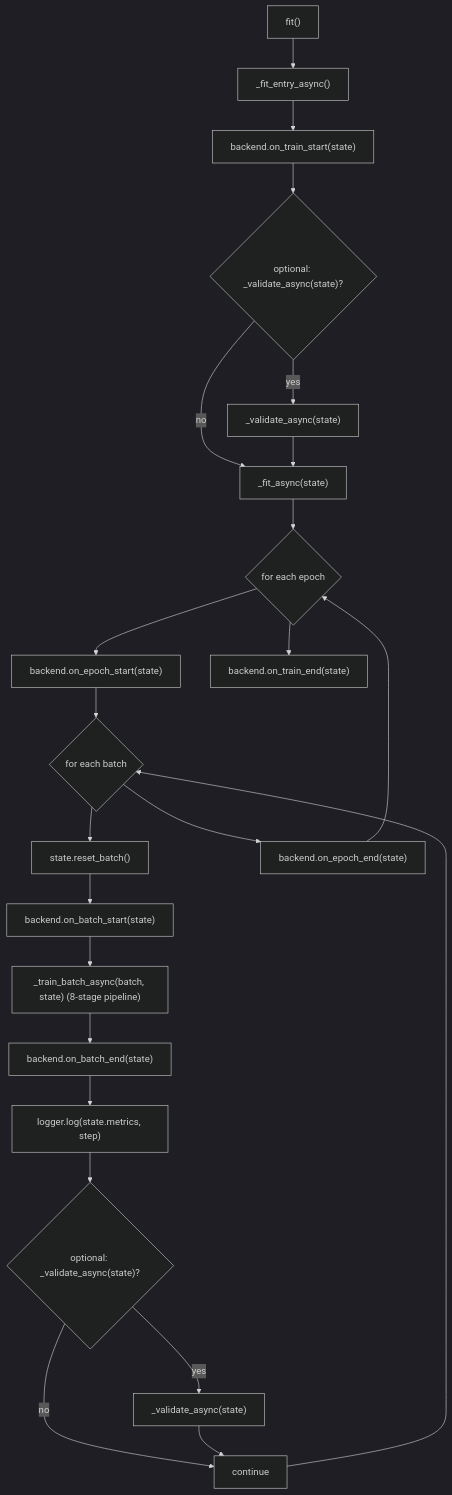
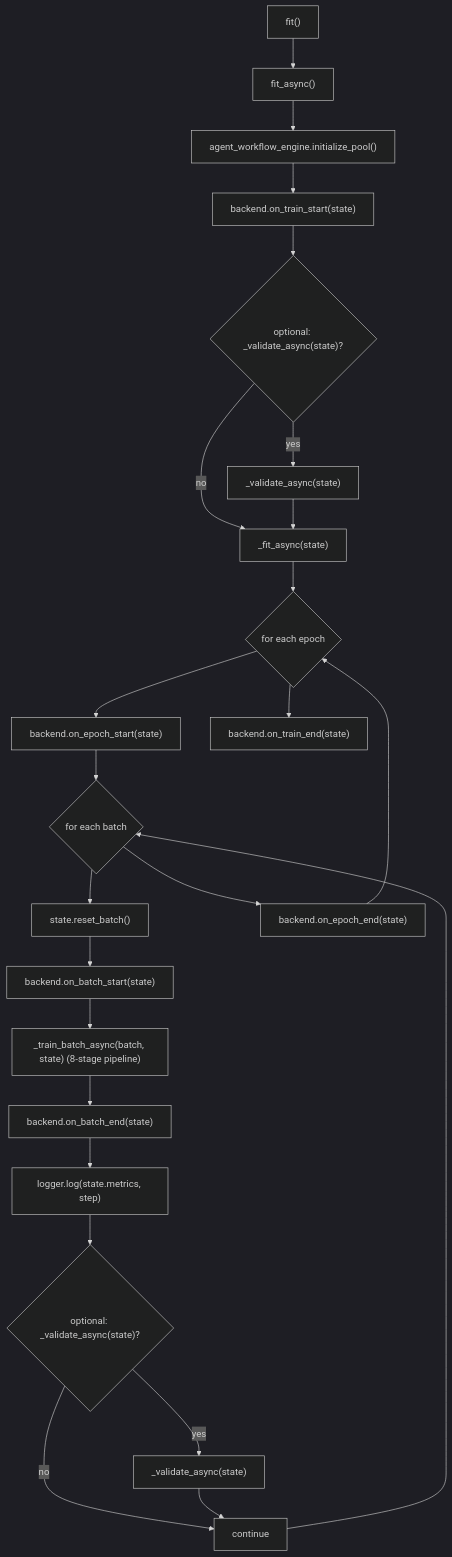
One commit to rllm-org/rllm changed the diagram in docs/experimental/unified-trainer.md. Above: the diagram before and after it, drawn with Mermaid (dark theme). The commit also changed other lines of this file and 6 other files, not shown here.

````diff
--- a/docs/experimental/unified-trainer.md
+++ b/docs/experimental/unified-trainer.md
@@ -142,31 +146,32 @@
     ``` mermaid
     graph TD
-      n1["fit()"] --> n2["_fit_entry_async()"]
-      n2 --> n3["backend.on_train_start(state)"]
+      n1["fit()"] --> n2["fit_async()"]
+      n2 --> p0["agent_workflow_engine.initialize_pool()"]
+      p0 --> n3["backend.on_train_start(state)"]
       n3 --> d1{"optional: _validate_async(state)?"}
 
       d1 -->|yes| v1["_validate_async(state)"]
       d1 -->|no| f1["_fit_async(state)"]
       v1 --> f1
 
       f1 --> e1{"for each epoch"}
       e1 --> es1["backend.on_epoch_start(state)"]
       es1 --> b1{"for each batch"}
 
       b1 --> r1["state.reset_batch()"]
       r1 --> bs1["backend.on_batch_start(state)"]
       bs1 --> tb1["_train_batch_async(batch, state) (8-stage pipeline)"]
       tb1 --> be1["backend.on_batch_end(state)"]
       be1 --> lg1["logger.log(state.metrics, step)"]
       lg1 --> d2{"optional: _validate_async(state)?"}
 
       d2 -->|yes| v2["_validate_async(state)"]
       d2 -->|no| c1["continue"]
       v2 --> c1
       c1 --> b1
 
       b1 --> ee1["backend.on_epoch_end(state)"]
       ee1 --> e1
 
       e1 --> te1["backend.on_train_end(state)"]
     ```
````
